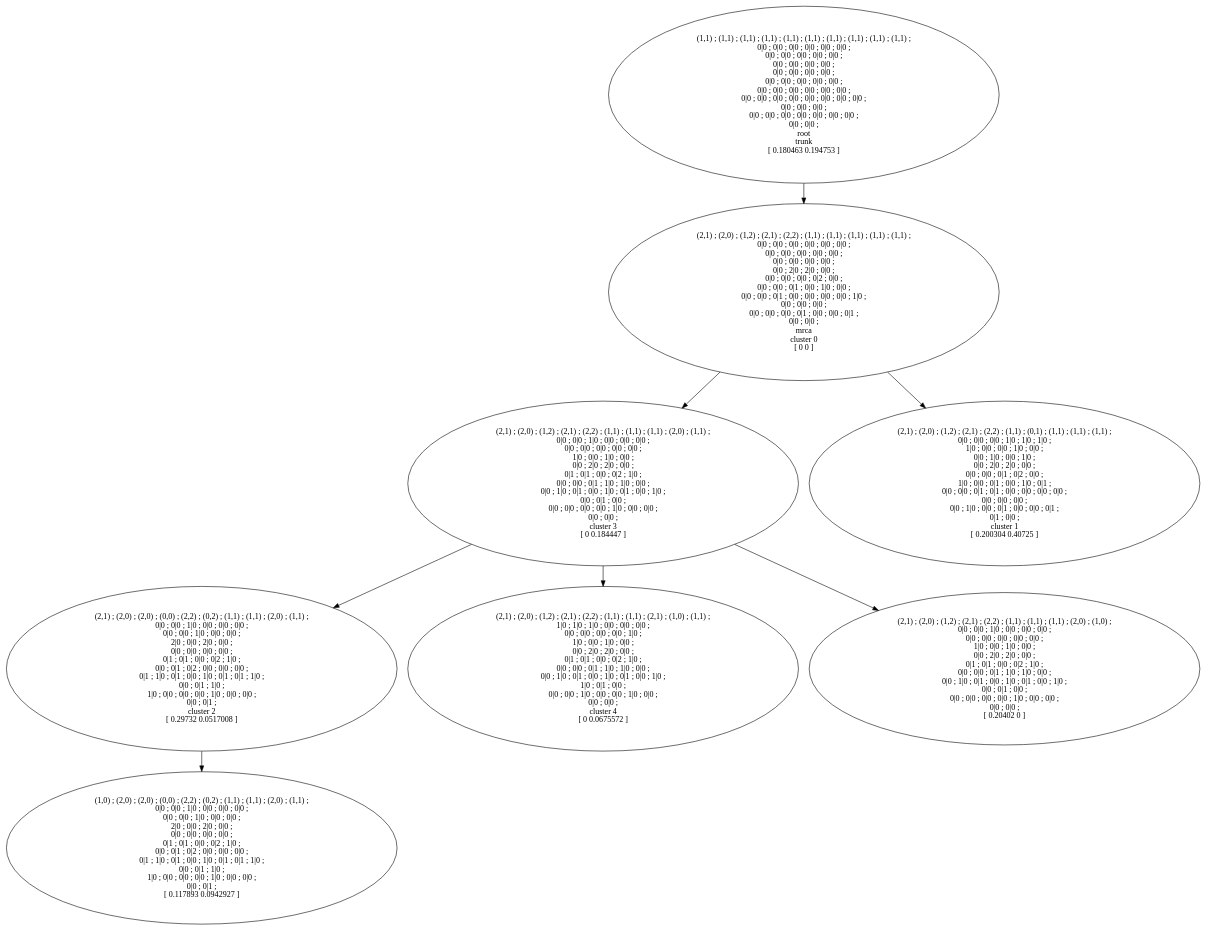
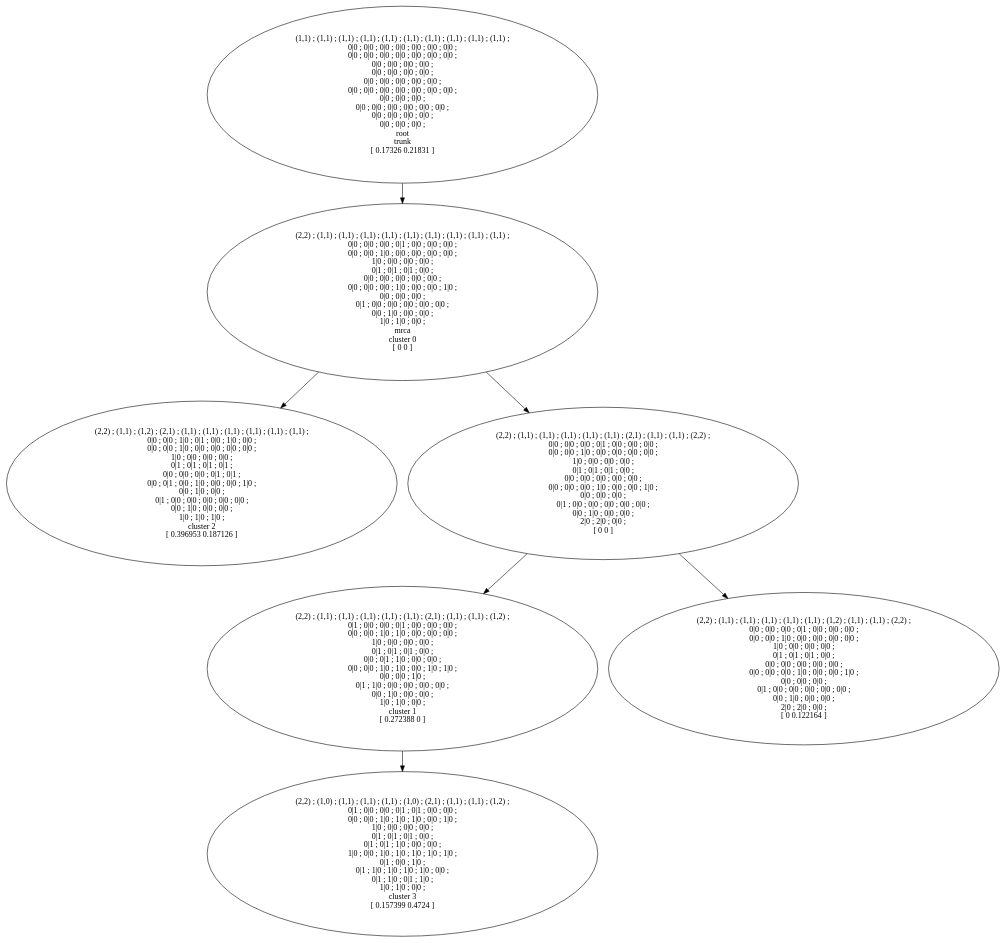
Before and after one commit to nicoledd/PACTIONproject: the diagram in data/k10_n50_s2/T.dot, drawn with Graphviz. The commit also changed 5329 other files, not shown here.

```diff
--- a/data/k10_n50_s2/T.dot
+++ b/data/k10_n50_s2/T.dot
@@ -1,17 +1,15 @@
 digraph T {
-	18 [label="(2,1) ; (2,0) ; (2,0) ; (0,0) ; (2,2) ; (0,2) ; (1,1) ; (1,1) ; (2,0) ; (1,1) ; \n0|0 ; 0|0 ; 1|0 ; 0|0 ; 0|0 ; 0|0 ; \n0|0 ; 0|0 ; 1|0 ; 0|0 ; 0|0 ; \n2|0 ; 0|0 ; 2|0 ; 0|0 ; \n0|0 ; 0|0 ; 0|0 ; 0|0 ; \n0|1 ; 0|1 ; 0|0 ; 0|2 ; 1|0 ; \n0|0 ; 0|1 ; 0|2 ; 0|0 ; 0|0 ; 0|0 ; \n0|1 ; 1|0 ; 0|1 ; 0|0 ; 1|0 ; 0|1 ; 0|1 ; 1|0 ; \n0|0 ; 0|1 ; 1|0 ; \n1|0 ; 0|0 ; 0|0 ; 0|0 ; 1|0 ; 0|0 ; 0|0 ; \n0|0 ; 0|1 ; \ncluster 2\n[ 0.29732 0.0517008 ]"]
-	15 [label="(2,1) ; (2,0) ; (1,2) ; (2,1) ; (2,2) ; (1,1) ; (1,1) ; (2,1) ; (1,0) ; (1,1) ; \n1|0 ; 1|0 ; 1|0 ; 0|0 ; 0|0 ; 0|0 ; \n0|0 ; 0|0 ; 0|0 ; 0|0 ; 1|0 ; \n1|0 ; 0|0 ; 1|0 ; 0|0 ; \n0|0 ; 2|0 ; 2|0 ; 0|0 ; \n0|1 ; 0|1 ; 0|0 ; 0|2 ; 1|0 ; \n0|0 ; 0|0 ; 0|1 ; 1|0 ; 1|0 ; 0|0 ; \n0|0 ; 1|0 ; 0|1 ; 0|0 ; 1|0 ; 0|1 ; 0|0 ; 1|0 ; \n1|0 ; 0|1 ; 0|0 ; \n0|0 ; 0|0 ; 1|0 ; 0|0 ; 0|0 ; 1|0 ; 0|0 ; \n0|0 ; 0|0 ; \ncluster 4\n[ 0 0.0675572 ]"]
-	13 [label="(2,1) ; (2,0) ; (1,2) ; (2,1) ; (2,2) ; (1,1) ; (1,1) ; (1,1) ; (2,0) ; (1,1) ; \n0|0 ; 0|0 ; 1|0 ; 0|0 ; 0|0 ; 0|0 ; \n0|0 ; 0|0 ; 0|0 ; 0|0 ; 0|0 ; \n1|0 ; 0|0 ; 1|0 ; 0|0 ; \n0|0 ; 2|0 ; 2|0 ; 0|0 ; \n0|1 ; 0|1 ; 0|0 ; 0|2 ; 1|0 ; \n0|0 ; 0|0 ; 0|1 ; 1|0 ; 1|0 ; 0|0 ; \n0|0 ; 1|0 ; 0|1 ; 0|0 ; 1|0 ; 0|1 ; 0|0 ; 1|0 ; \n0|0 ; 0|1 ; 0|0 ; \n0|0 ; 0|0 ; 0|0 ; 0|0 ; 1|0 ; 0|0 ; 0|0 ; \n0|0 ; 0|0 ; \ncluster 3\n[ 0 0.184447 ]"]
-	12 [label="(2,1) ; (2,0) ; (1,2) ; (2,1) ; (2,2) ; (1,1) ; (1,1) ; (1,1) ; (2,0) ; (1,0) ; \n0|0 ; 0|0 ; 1|0 ; 0|0 ; 0|0 ; 0|0 ; \n0|0 ; 0|0 ; 0|0 ; 0|0 ; 0|0 ; \n1|0 ; 0|0 ; 1|0 ; 0|0 ; \n0|0 ; 2|0 ; 2|0 ; 0|0 ; \n0|1 ; 0|1 ; 0|0 ; 0|2 ; 1|0 ; \n0|0 ; 0|0 ; 0|1 ; 1|0 ; 1|0 ; 0|0 ; \n0|0 ; 1|0 ; 0|1 ; 0|0 ; 1|0 ; 0|1 ; 0|0 ; 1|0 ; \n0|0 ; 0|1 ; 0|0 ; \n0|0 ; 0|0 ; 0|0 ; 0|0 ; 1|0 ; 0|0 ; 0|0 ; \n0|0 ; 0|0 ; \n[ 0.20402 0 ]"]
-	10 [label="(2,1) ; (2,0) ; (1,2) ; (2,1) ; (2,2) ; (1,1) ; (1,1) ; (1,1) ; (1,1) ; (1,1) ; \n0|0 ; 0|0 ; 0|0 ; 0|0 ; 0|0 ; 0|0 ; \n0|0 ; 0|0 ; 0|0 ; 0|0 ; 0|0 ; \n0|0 ; 0|0 ; 0|0 ; 0|0 ; \n0|0 ; 2|0 ; 2|0 ; 0|0 ; \n0|0 ; 0|0 ; 0|0 ; 0|2 ; 0|0 ; \n0|0 ; 0|0 ; 0|1 ; 0|0 ; 1|0 ; 0|0 ; \n0|0 ; 0|0 ; 0|1 ; 0|0 ; 0|0 ; 0|0 ; 0|0 ; 1|0 ; \n0|0 ; 0|0 ; 0|0 ; \n0|0 ; 0|0 ; 0|0 ; 0|1 ; 0|0 ; 0|0 ; 0|1 ; \n0|0 ; 0|0 ; \nmrca\ncluster 0\n[ 0 0 ]"]
-	8 [label="(2,1) ; (2,0) ; (1,2) ; (2,1) ; (2,2) ; (1,1) ; (0,1) ; (1,1) ; (1,1) ; (1,1) ; \n0|0 ; 0|0 ; 0|0 ; 1|0 ; 1|0 ; 1|0 ; \n1|0 ; 0|0 ; 0|0 ; 1|0 ; 0|0 ; \n0|0 ; 1|0 ; 0|0 ; 1|0 ; \n0|0 ; 2|0 ; 2|0 ; 0|0 ; \n0|0 ; 0|0 ; 0|1 ; 0|2 ; 0|0 ; \n1|0 ; 0|0 ; 0|1 ; 0|0 ; 1|0 ; 0|1 ; \n0|0 ; 0|0 ; 0|1 ; 0|1 ; 0|0 ; 0|0 ; 0|0 ; 0|0 ; \n0|0 ; 0|0 ; 0|0 ; \n0|0 ; 1|0 ; 0|0 ; 0|1 ; 0|0 ; 0|0 ; 0|1 ; \n0|1 ; 0|0 ; \ncluster 1\n[ 0.200304 0.40725 ]"]
-	1 [label="(1,1) ; (1,1) ; (1,1) ; (1,1) ; (1,1) ; (1,1) ; (1,1) ; (1,1) ; (1,1) ; (1,1) ; \n0|0 ; 0|0 ; 0|0 ; 0|0 ; 0|0 ; 0|0 ; \n0|0 ; 0|0 ; 0|0 ; 0|0 ; 0|0 ; \n0|0 ; 0|0 ; 0|0 ; 0|0 ; \n0|0 ; 0|0 ; 0|0 ; 0|0 ; \n0|0 ; 0|0 ; 0|0 ; 0|0 ; 0|0 ; \n0|0 ; 0|0 ; 0|0 ; 0|0 ; 0|0 ; 0|0 ; \n0|0 ; 0|0 ; 0|0 ; 0|0 ; 0|0 ; 0|0 ; 0|0 ; 0|0 ; \n0|0 ; 0|0 ; 0|0 ; \n0|0 ; 0|0 ; 0|0 ; 0|0 ; 0|0 ; 0|0 ; 0|0 ; \n0|0 ; 0|0 ; \nroot\ntrunk\n[ 0.180463 0.194753 ]"]
-	0 [label="(1,0) ; (2,0) ; (2,0) ; (0,0) ; (2,2) ; (0,2) ; (1,1) ; (1,1) ; (2,0) ; (1,1) ; \n0|0 ; 0|0 ; 1|0 ; 0|0 ; 0|0 ; 0|0 ; \n0|0 ; 0|0 ; 1|0 ; 0|0 ; 0|0 ; \n2|0 ; 0|0 ; 2|0 ; 0|0 ; \n0|0 ; 0|0 ; 0|0 ; 0|0 ; \n0|1 ; 0|1 ; 0|0 ; 0|2 ; 1|0 ; \n0|0 ; 0|1 ; 0|2 ; 0|0 ; 0|0 ; 0|0 ; \n0|1 ; 1|0 ; 0|1 ; 0|0 ; 1|0 ; 0|1 ; 0|1 ; 1|0 ; \n0|0 ; 0|1 ; 1|0 ; \n1|0 ; 0|0 ; 0|0 ; 0|0 ; 1|0 ; 0|0 ; 0|0 ; \n0|0 ; 0|1 ; \n[ 0.117893 0.0942927 ]"]
-18 -> 0
-13 -> 15
-13 -> 18
-13 -> 12
-10 -> 13
+	14 [label="(2,2) ; (1,1) ; (1,2) ; (2,1) ; (1,1) ; (1,1) ; (1,1) ; (1,1) ; (1,1) ; (1,1) ; \n0|0 ; 0|0 ; 1|0 ; 0|1 ; 0|0 ; 1|0 ; 0|0 ; \n0|0 ; 0|0 ; 1|0 ; 0|0 ; 0|0 ; 0|0 ; 0|0 ; \n1|0 ; 0|0 ; 0|0 ; 0|0 ; \n0|1 ; 0|1 ; 0|1 ; 0|1 ; \n0|0 ; 0|0 ; 0|0 ; 0|1 ; 0|1 ; \n0|0 ; 0|1 ; 0|0 ; 1|0 ; 0|0 ; 0|0 ; 1|0 ; \n0|0 ; 1|0 ; 0|0 ; \n0|1 ; 0|0 ; 0|0 ; 0|0 ; 0|0 ; 0|0 ; \n0|0 ; 1|0 ; 0|0 ; 0|0 ; \n1|0 ; 1|0 ; 1|0 ; \ncluster 2\n[ 0.396953 0.187126 ]"]
+	10 [label="(2,2) ; (1,1) ; (1,1) ; (1,1) ; (1,1) ; (1,1) ; (2,1) ; (1,1) ; (1,1) ; (2,2) ; \n0|0 ; 0|0 ; 0|0 ; 0|1 ; 0|0 ; 0|0 ; 0|0 ; \n0|0 ; 0|0 ; 1|0 ; 0|0 ; 0|0 ; 0|0 ; 0|0 ; \n1|0 ; 0|0 ; 0|0 ; 0|0 ; \n0|1 ; 0|1 ; 0|1 ; 0|0 ; \n0|0 ; 0|0 ; 0|0 ; 0|0 ; 0|0 ; \n0|0 ; 0|0 ; 0|0 ; 1|0 ; 0|0 ; 0|0 ; 1|0 ; \n0|0 ; 0|0 ; 0|0 ; \n0|1 ; 0|0 ; 0|0 ; 0|0 ; 0|0 ; 0|0 ; \n0|0 ; 1|0 ; 0|0 ; 0|0 ; \n2|0 ; 2|0 ; 0|0 ; \n[ 0 0 ]"]
+	9 [label="(2,2) ; (1,1) ; (1,1) ; (1,1) ; (1,1) ; (1,1) ; (2,1) ; (1,1) ; (1,1) ; (1,2) ; \n0|1 ; 0|0 ; 0|0 ; 0|1 ; 0|0 ; 0|0 ; 0|0 ; \n0|0 ; 0|0 ; 1|0 ; 1|0 ; 0|0 ; 0|0 ; 0|0 ; \n1|0 ; 0|0 ; 0|0 ; 0|0 ; \n0|1 ; 0|1 ; 0|1 ; 0|0 ; \n0|0 ; 0|1 ; 1|0 ; 0|0 ; 0|0 ; \n0|0 ; 0|0 ; 1|0 ; 1|0 ; 0|0 ; 1|0 ; 1|0 ; \n0|0 ; 0|0 ; 1|0 ; \n0|1 ; 1|0 ; 0|0 ; 0|0 ; 0|0 ; 0|0 ; \n0|0 ; 1|0 ; 0|0 ; 0|0 ; \n1|0 ; 1|0 ; 0|0 ; \ncluster 1\n[ 0.272388 0 ]"]
+	8 [label="(2,2) ; (1,1) ; (1,1) ; (1,1) ; (1,1) ; (1,1) ; (1,2) ; (1,1) ; (1,1) ; (2,2) ; \n0|0 ; 0|0 ; 0|0 ; 0|1 ; 0|0 ; 0|0 ; 0|0 ; \n0|0 ; 0|0 ; 1|0 ; 0|0 ; 0|0 ; 0|0 ; 0|0 ; \n1|0 ; 0|0 ; 0|0 ; 0|0 ; \n0|1 ; 0|1 ; 0|1 ; 0|0 ; \n0|0 ; 0|0 ; 0|0 ; 0|0 ; 0|0 ; \n0|0 ; 0|0 ; 0|0 ; 1|0 ; 0|0 ; 0|0 ; 1|0 ; \n0|0 ; 0|0 ; 0|0 ; \n0|1 ; 0|0 ; 0|0 ; 0|0 ; 0|0 ; 0|0 ; \n0|0 ; 1|0 ; 0|0 ; 0|0 ; \n2|0 ; 2|0 ; 0|0 ; \n[ 0 0.122164 ]"]
+	4 [label="(2,2) ; (1,1) ; (1,1) ; (1,1) ; (1,1) ; (1,1) ; (1,1) ; (1,1) ; (1,1) ; (1,1) ; \n0|0 ; 0|0 ; 0|0 ; 0|1 ; 0|0 ; 0|0 ; 0|0 ; \n0|0 ; 0|0 ; 1|0 ; 0|0 ; 0|0 ; 0|0 ; 0|0 ; \n1|0 ; 0|0 ; 0|0 ; 0|0 ; \n0|1 ; 0|1 ; 0|1 ; 0|0 ; \n0|0 ; 0|0 ; 0|0 ; 0|0 ; 0|0 ; \n0|0 ; 0|0 ; 0|0 ; 1|0 ; 0|0 ; 0|0 ; 1|0 ; \n0|0 ; 0|0 ; 0|0 ; \n0|1 ; 0|0 ; 0|0 ; 0|0 ; 0|0 ; 0|0 ; \n0|0 ; 1|0 ; 0|0 ; 0|0 ; \n1|0 ; 1|0 ; 0|0 ; \nmrca\ncluster 0\n[ 0 0 ]"]
+	2 [label="(2,2) ; (1,0) ; (1,1) ; (1,1) ; (1,1) ; (1,0) ; (2,1) ; (1,1) ; (1,1) ; (1,2) ; \n0|1 ; 0|0 ; 0|0 ; 0|1 ; 0|1 ; 0|0 ; 0|0 ; \n0|0 ; 0|0 ; 1|0 ; 1|0 ; 1|0 ; 0|0 ; 1|0 ; \n1|0 ; 0|0 ; 0|0 ; 0|0 ; \n0|1 ; 0|1 ; 0|1 ; 0|0 ; \n0|1 ; 0|1 ; 1|0 ; 0|0 ; 0|0 ; \n1|0 ; 0|0 ; 1|0 ; 1|0 ; 1|0 ; 1|0 ; 1|0 ; \n0|1 ; 0|0 ; 1|0 ; \n0|1 ; 1|0 ; 1|0 ; 1|0 ; 1|0 ; 0|0 ; \n0|1 ; 1|0 ; 0|1 ; 1|0 ; \n1|0 ; 1|0 ; 0|0 ; \ncluster 3\n[ 0.157399 0.4724 ]"]
+	0 [label="(1,1) ; (1,1) ; (1,1) ; (1,1) ; (1,1) ; (1,1) ; (1,1) ; (1,1) ; (1,1) ; (1,1) ; \n0|0 ; 0|0 ; 0|0 ; 0|0 ; 0|0 ; 0|0 ; 0|0 ; \n0|0 ; 0|0 ; 0|0 ; 0|0 ; 0|0 ; 0|0 ; 0|0 ; \n0|0 ; 0|0 ; 0|0 ; 0|0 ; \n0|0 ; 0|0 ; 0|0 ; 0|0 ; \n0|0 ; 0|0 ; 0|0 ; 0|0 ; 0|0 ; \n0|0 ; 0|0 ; 0|0 ; 0|0 ; 0|0 ; 0|0 ; 0|0 ; \n0|0 ; 0|0 ; 0|0 ; \n0|0 ; 0|0 ; 0|0 ; 0|0 ; 0|0 ; 0|0 ; \n0|0 ; 0|0 ; 0|0 ; 0|0 ; \n0|0 ; 0|0 ; 0|0 ; \nroot\ntrunk\n[ 0.17326 0.21831 ]"]
+10 -> 9
 10 -> 8
-1 -> 10
+9 -> 2
+4 -> 14
+4 -> 10
+0 -> 4
 }
```
